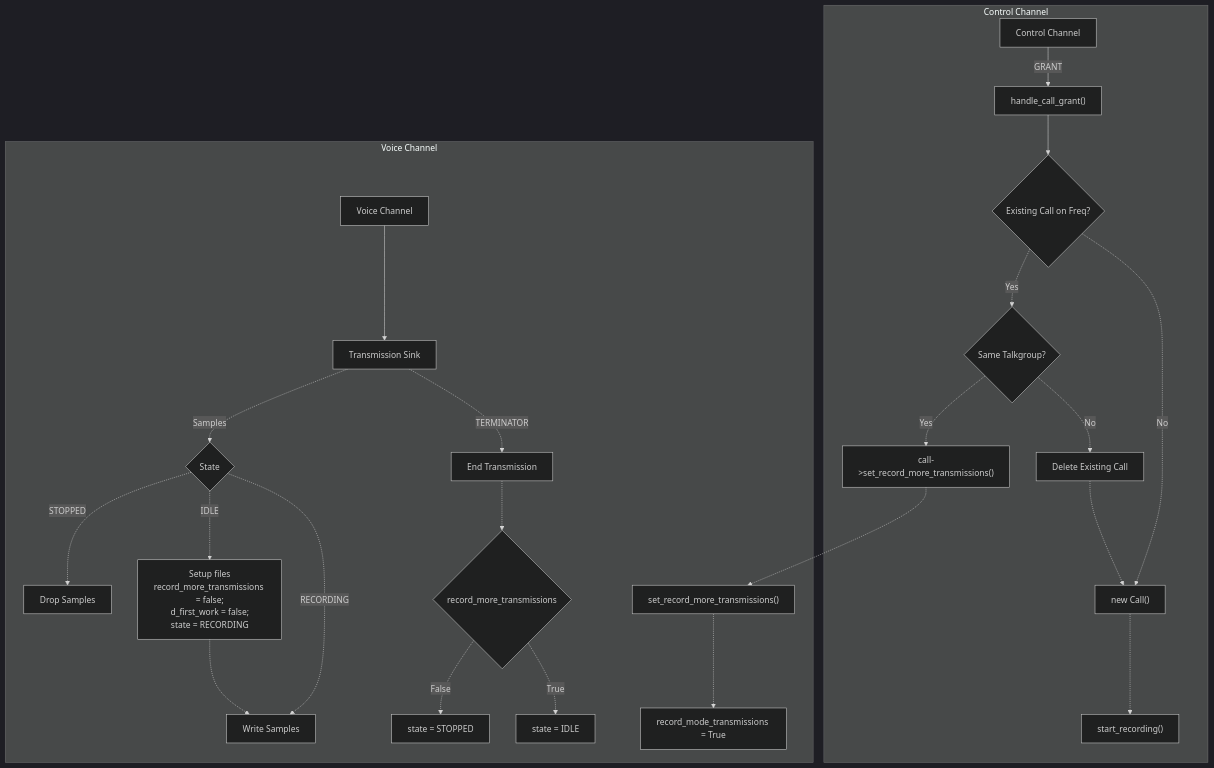
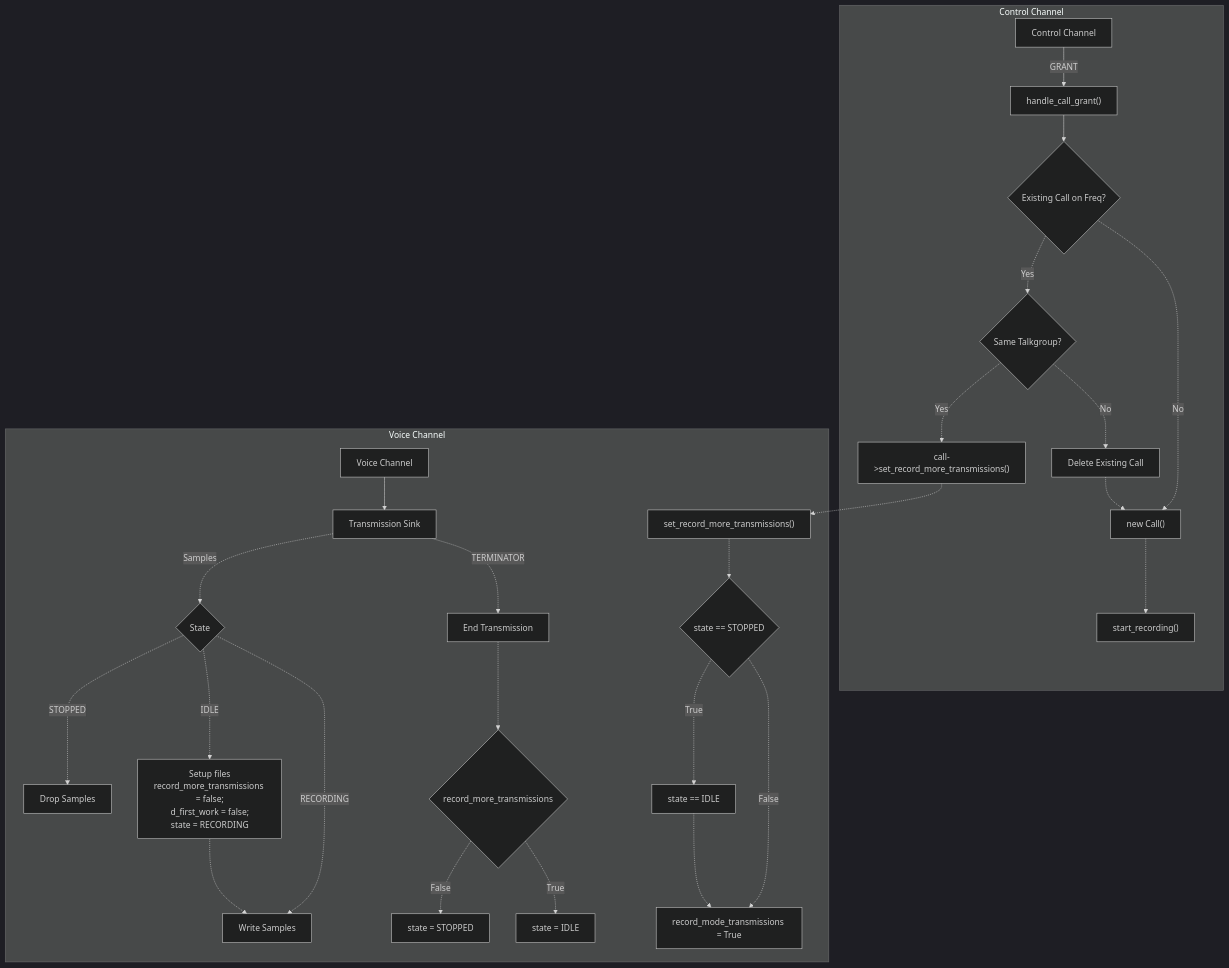
The diagram in docs/notes/CALL-HANDLING.md (robotastic/trunk-recorder), drawn with Mermaid (dark theme) before and after one commit.

````diff
--- a/docs/notes/CALL-HANDLING.md
+++ b/docs/notes/CALL-HANDLING.md
@@ -1,30 +1,33 @@
 ```mermaid
 flowchart TD
     E -.-> L1
     subgraph Control Channel
     A[Control Channel] -->|GRANT| B["handle_call_grant()"]
     B --> C{Existing Call on Freq?}
     C -.->|Yes| D{Same Talkgroup?}
     C -.->|No| G["new Call()"]
     D -.->|Yes| E["call->set_record_more_transmissions()"]
     D -.->|No| F[Delete Existing Call]
     F -.-> G
     G -.-> H["start_recording()"]
 
     end
     subgraph Voice Channel
     A1[Voice Channel] --> B1[Transmission Sink]
     B1 -.->|Samples| C1{State}
     C1 -.->|STOPPED| D1[Drop Samples]
     C1 -.->|IDLE| F1["Setup files\nrecord_more_transmissions = false;\nd_first_work = false;\nstate = RECORDING"]
     C1 -.->|RECORDING| G1[Write Samples]
     F1 -.-> G1
     B1 -.->|TERMINATOR| H1["End Transmission"]
     H1 -.-> I1{"record_more_transmissions"}
     I1 -.->|False| J1["state = STOPPED"]
     I1 -.->|True| K1["state = IDLE"]
-    L1["set_record_more_transmissions()"] -.-> M1["record_mode_transmissions = True"]
+    L1["set_record_more_transmissions()"] -.-> N1{state == STOPPED}
+    N1 -.->|True| O1["state == IDLE"]
+    N1 -.->|False| P1["record_mode_transmissions = True"]
+    O1 -.-> P1
     end
     
 
 ```
````
